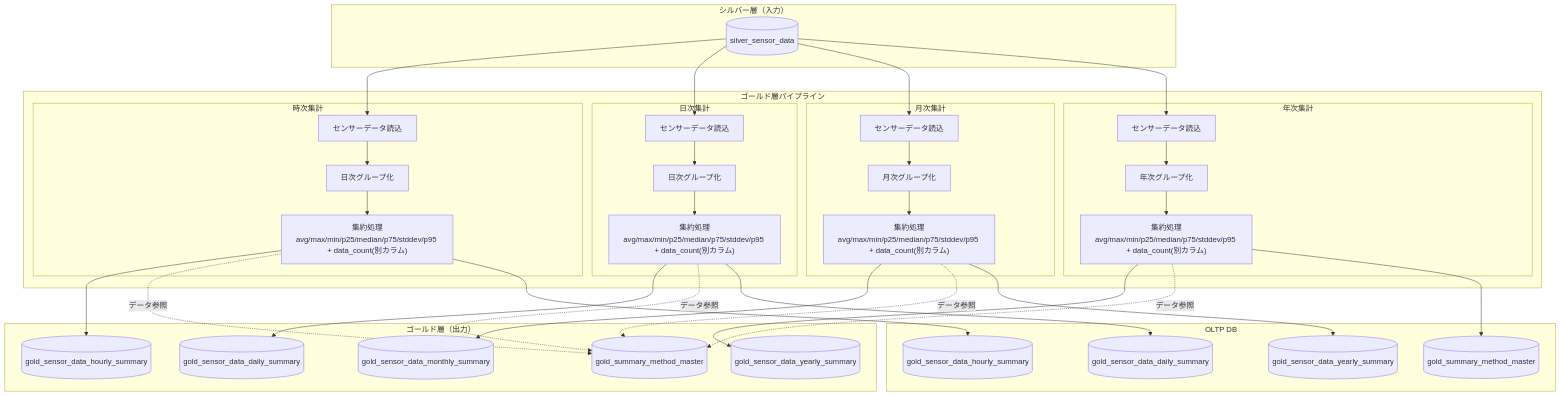
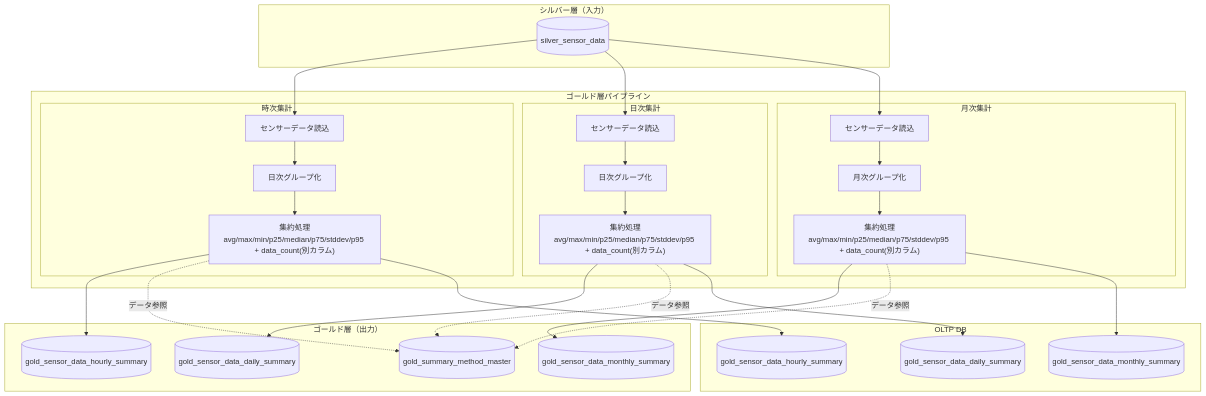
The diagram in docs/03-features/ldp-pipeline/gold_layer/README.md (NSW-SVCP-AIWG002/Databricks-IoT), drawn with Mermaid before and after one commit. The commit also changed other lines of this file and 2 other files, not shown here.

````diff
--- a/docs/03-features/ldp-pipeline/gold_layer/README.md
+++ b/docs/03-features/ldp-pipeline/gold_layer/README.md
@@ -170,67 +163,54 @@
 ```mermaid
 flowchart TB
     subgraph Silver["シルバー層（入力）"]
         SensorData[(silver_sensor_data)]
     end
 
     subgraph Pipeline["ゴールド層パイプライン"]
         subgraph Hourly["時次集計"]
             H_Read[センサーデータ読込]
             H_Group[日次グループ化]
             H_Agg["集約処理<br>avg/max/min/p25/median/p75/stddev/p95 + data_count(別カラム)"]
         end
 
         subgraph Daily["日次集計"]
             D_Read[センサーデータ読込]
             D_Group[日次グループ化]
             D_Agg["集約処理<br>avg/max/min/p25/median/p75/stddev/p95 + data_count(別カラム)"]
         end
 
         subgraph Monthly["月次集計"]
             M_Read[センサーデータ読込]
             M_Group[月次グループ化]
             M_Agg["集約処理<br>avg/max/min/p25/median/p75/stddev/p95 + data_count(別カラム)"]
         end
-
-        subgraph Yearly["年次集計"]
-            Y_Read[センサーデータ読込]
-            Y_Group[年次グループ化]
-            Y_Agg["集約処理<br>avg/max/min/p25/median/p75/stddev/p95 + data_count(別カラム)"]
-        end
     end
 
     subgraph Gold["ゴールド層（出力）"]
         GoldHourly[(gold_sensor_data_hourly_summary)]
         GoldDaily[(gold_sensor_data_daily_summary)]
         GoldMonthly[(gold_sensor_data_monthly_summary)]
-        GoldYearly[(gold_sensor_data_yearly_summary)]
         GoldMethod[(gold_summary_method_master)]
     end
 
     subgraph OLTPGOLD["OLTP DB"]
         OLTP_Hourly[(gold_sensor_data_hourly_summary)]
         OLTP_Daily[(gold_sensor_data_daily_summary)]
-        OLTP_Monthly[(gold_sensor_data_yearly_summary)]
-        OLTP_Yearly[(gold_summary_method_master)]
+        OLTP_Monthly[(gold_sensor_data_monthly_summary)]
     end
 
     SensorData --> H_Read
     H_Read --> H_Group --> H_Agg --> GoldHourly
     H_Agg -.-> |データ参照| GoldMethod    
     H_Agg --> OLTP_Hourly
 
     SensorData --> D_Read
     D_Read --> D_Group --> D_Agg --> GoldDaily
     D_Agg -.-> |データ参照| GoldMethod
     D_Agg --> OLTP_Daily
 
     SensorData --> M_Read
     M_Read --> M_Group --> M_Agg --> GoldMonthly
     M_Agg -.-> |データ参照| GoldMethod
     M_Agg --> OLTP_Monthly
-    
-    SensorData --> Y_Read
-    Y_Read --> Y_Group --> Y_Agg --> GoldYearly
-    Y_Agg -.-> |データ参照| GoldMethod
-    Y_Agg --> OLTP_Yearly
 ```
````
